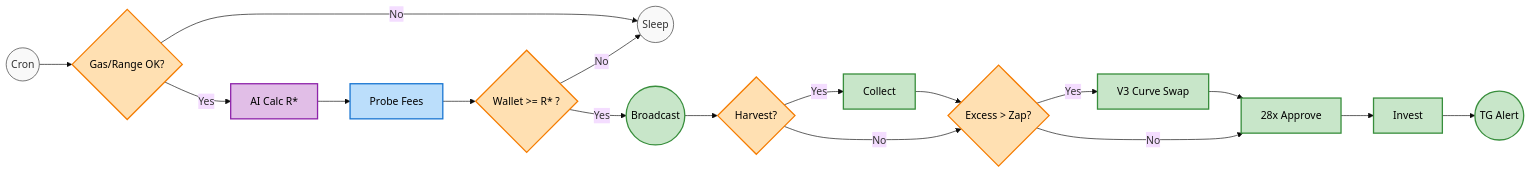
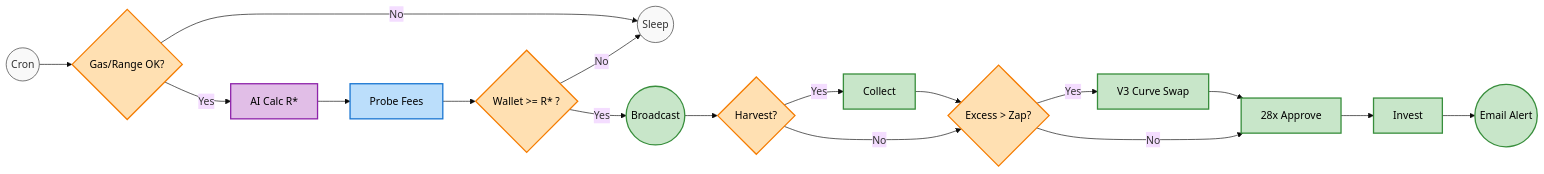
The second of 2 diagrams in README.md (smhe00/uniswap-v3pool-auto-compound), drawn with Mermaid (base theme) before and after one commit. The commit also changed other lines of this file, not shown here.

````diff
--- a/README.md
+++ b/README.md
@@ -193,29 +211,30 @@
 ```mermaid
 graph LR
     %% Colors & Styles
     classDef default fill:#f9f9f9,stroke:#333,stroke-width:1px;
     classDef gate fill:#ffe0b2,stroke:#f57c00,stroke-width:2px,color:#000;
     classDef brain fill:#e1bee7,stroke:#8e24aa,stroke-width:2px,color:#000;
     classDef sim fill:#bbdefb,stroke:#1976d2,stroke-width:2px,color:#000;
     classDef chain fill:#c8e6c9,stroke:#388e3c,stroke-width:2px,color:#000;
 
     Start(("Cron")) --> Check{"Gas/Range OK?"}:::gate
     Check -- No --> Sleep(("Sleep"))
     Check -- Yes --> Brain["AI Calc R*"]:::brain
     
     Brain --> ModA["Probe Fees"]:::sim
     ModA --> ModB{"Wallet >= R* ?"}:::gate
     
     ModB -- No --> Sleep
     ModB -- Yes --> Broad(("Broadcast")):::chain
     
     Broad --> ExecA{"Harvest?"}:::gate
     ExecA -- Yes --> Col["Collect"]:::chain --> ExecC
     ExecA -- No --> ExecC
     
     ExecC{"Excess > Zap?"}:::gate
     ExecC -- Yes --> Swap["V3 Curve Swap"]:::chain --> App
     ExecC -- No --> App["28x Approve"]:::chain
     
-    App --> Inv["Invest"]:::chain --> Done(("TG Alert")):::chain
+    App --> Inv["Invest"]:::chain --> Done(("Email Alert")):::chain
+
 ```
````
